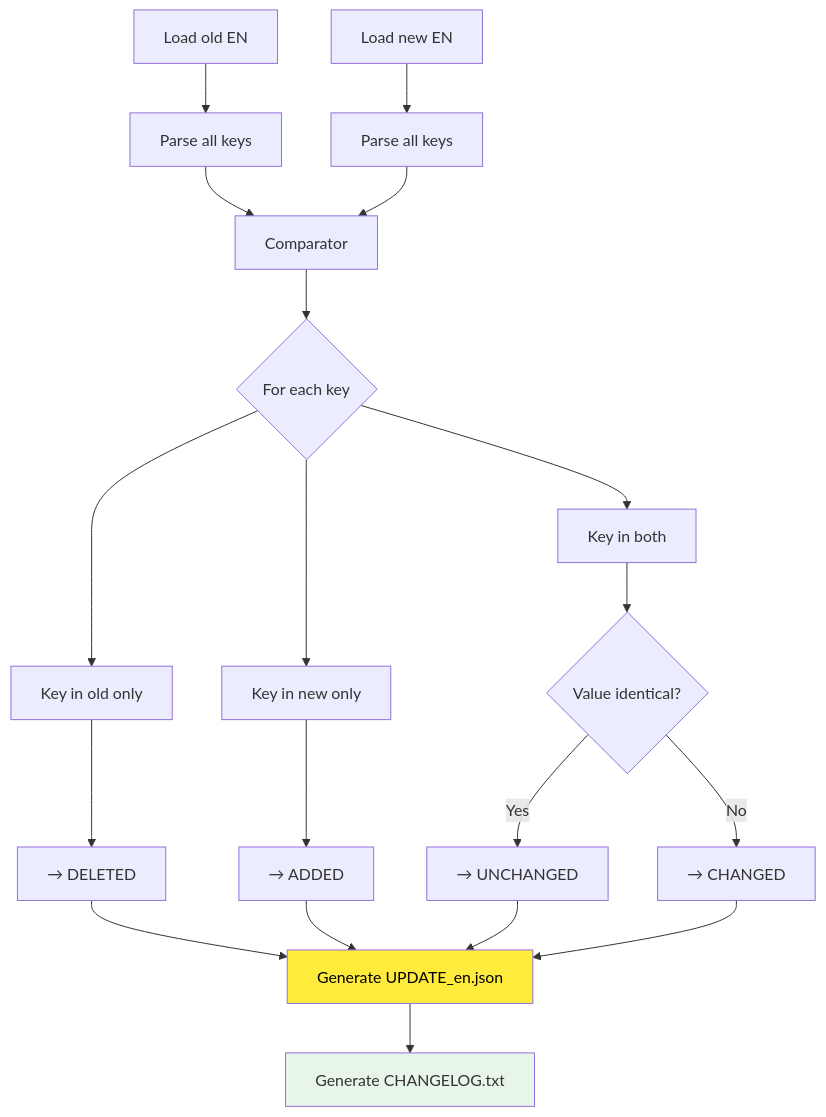
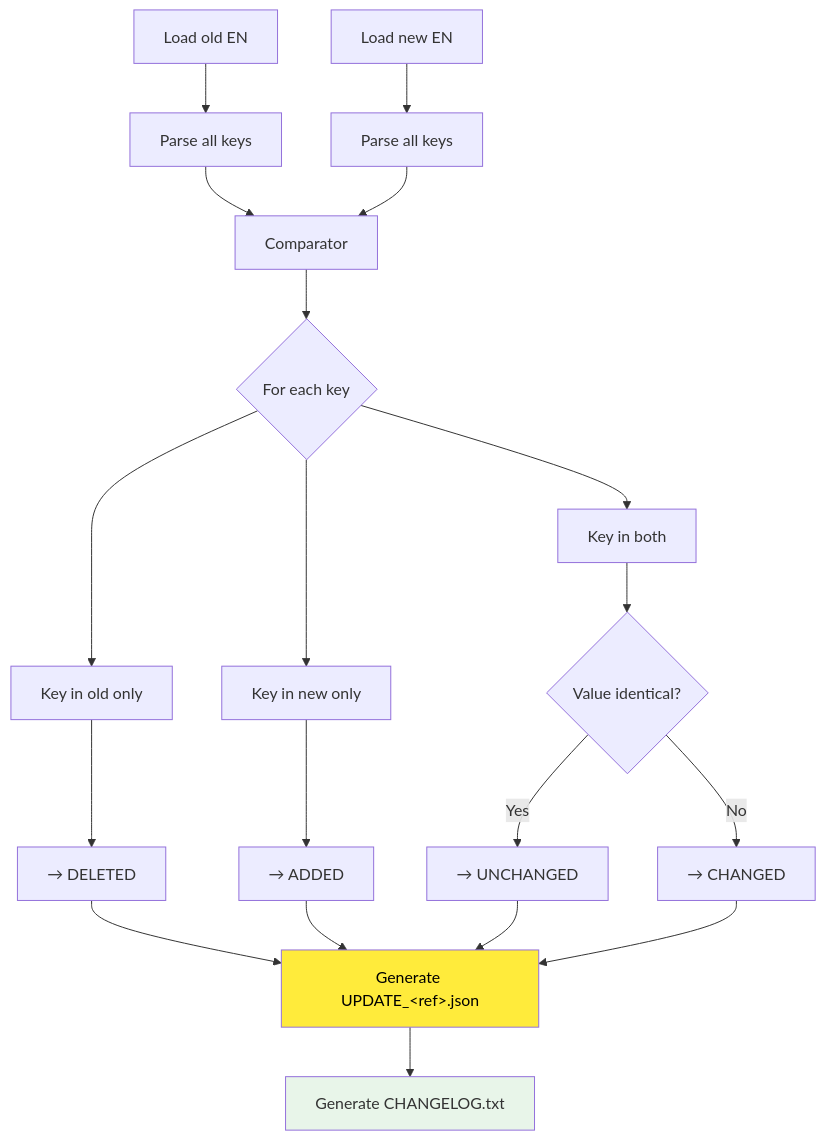
Before and after one commit to Gotcha26/Adobe_Lightroom_Translation_Plugins_Kit: the second of 2 diagrams in tools/translator/__doc__/en/commands/COMPARE.md, drawn with Mermaid. The commit also changed other lines of this file and 28 other files, not shown here.

````diff
--- a/tools/translator/__doc__/en/commands/COMPARE.md
+++ b/tools/translator/__doc__/en/commands/COMPARE.md
@@ -55,27 +55,27 @@
 ```mermaid
 flowchart TD
     A["Load old EN"] --> B["Parse all keys"]
     C["Load new EN"] --> D["Parse all keys"]
 
     B --> E["Comparator"]
     D --> E
 
     E --> F{"For each key"}
 
     F --> G["Key in old only"]
     G --> H["→ DELETED"]
 
     F --> I["Key in new only"]
     I --> J["→ ADDED"]
 
     F --> K["Key in both"]
     K --> L{"Value identical?"}
     L -->|Yes| M["→ UNCHANGED"]
     L -->|No| N["→ CHANGED"]
 
-    H & J & M & N --> O["Generate UPDATE_en.json"]
+    H & J & M & N --> O["Generate UPDATE_&lt;ref&gt;.json"]
     O --> P["Generate CHANGELOG.txt"]
 
     style O fill:#FFEB3B,color:#000
     style P fill:#E8F5E9
 ```
````
